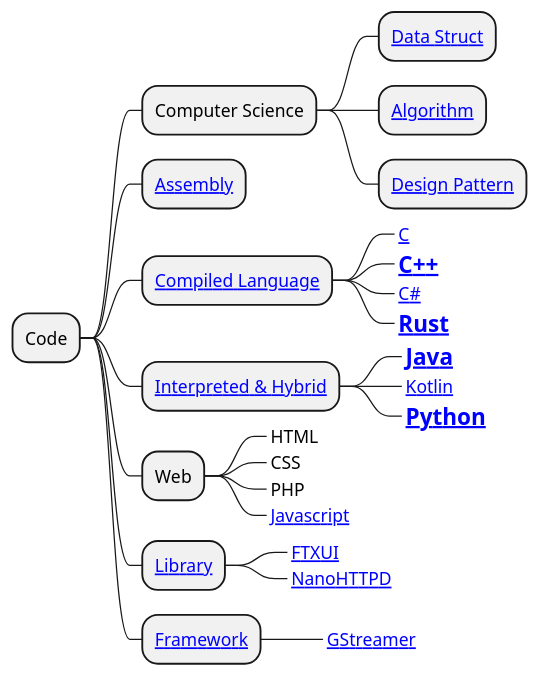
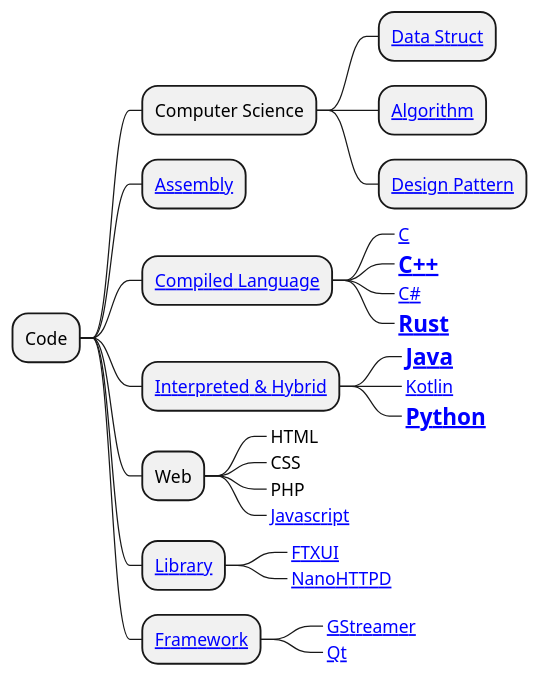
One commit to dothanhdathp/tadcode changed the diagram in docs/index.md. Above: the diagram before and after it, drawn with PlantUML. The commit also changed 7 other files, not shown here.

````diff
--- a/docs/index.md
+++ b/docs/index.md
@@ -7,39 +7,40 @@
 ```puml
 @startmindmap
 skinparam backgroundcolor transparent
 
 * Code
 
 ** Computer Science
 *** [[/CS/data-struct/ Data Struct]]
 *** [[/CS/algorithm-overview/ Algorithm]]
 *** [[/CS/design-pattern/ Design Pattern]]
 
 ** [[/Programming/assembly/assembly Assembly]]
 
 ** [[/Programming/compiled-language/ Compiled Language]]
 ***_ [[/Programming/c/c/ C]]
 ***_ =[[/Programming/cpp/cpp/ C++]]
 ***_ [[/Programming/c-sharp/c-sharp/ C#]]
 ***_ =[[/Programming/Rust/rust/ Rust]]
 
 ** [[/Programming/interpreted-hybrid-language/ Interpreted & Hybrid]]
 ***_ =[[/Programming/Java/java/ Java]]
 ***_ [[/Programming/Kotlin/kotlin/ Kotlin]]
 ***_ =[[/Programming/Python/python/ Python]]
 
 ** Web
 ***_ HTML
 ***_ CSS
 ***_ PHP
 ***_ [[/Web/Javascript/javascript/ Javascript]]
 
 ** [[/Library/library/ Library]]
 ***_ [[/Library/FTXUI/ftxui/ FTXUI]]
 ***_ [[/Library/NanoHTTPD/nano-httpd/ NanoHTTPD]]
 
 ** [[/Frameworks/frameworks/ Framework]]
 ***_ [[/Frameworks/GStreamer/gstreamer/ GStreamer]]
+***_ [[/Frameworks/Qt/qt/ Qt]]
 
 @endmindmap
 ```
````
